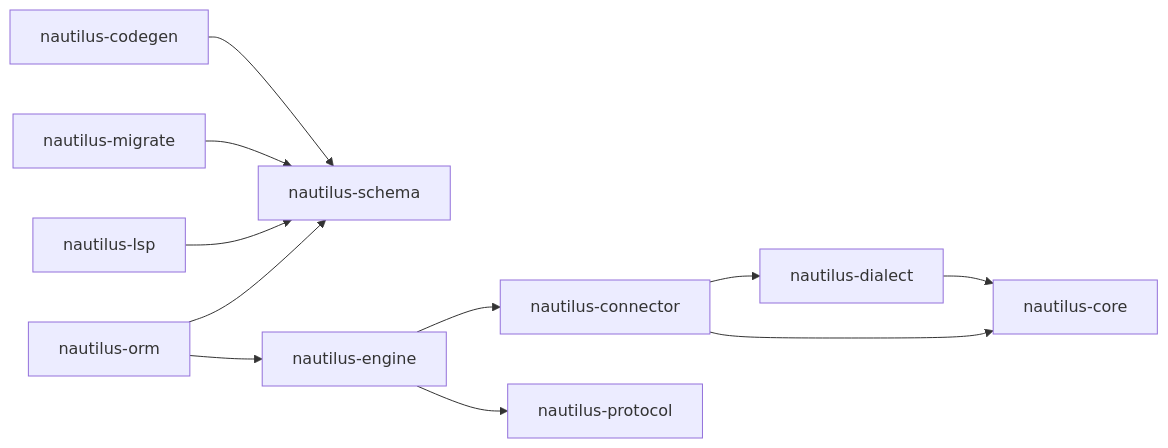
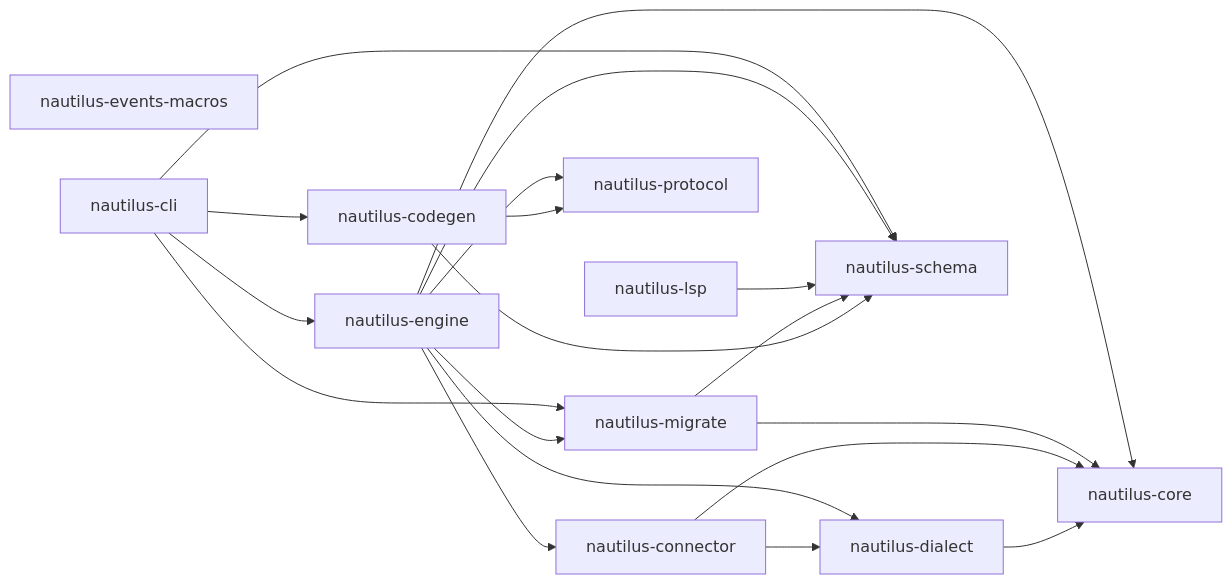
Before and after one commit to nautilus-env/nautilus: the diagram in README.md, drawn with Mermaid. The commit also changed other lines of this file and 26 other files, not shown here.

````diff
--- a/README.md
+++ b/README.md
@@ -37,26 +43,36 @@
 ```mermaid
 graph LR
   core[nautilus-core]
   dialect[nautilus-dialect]
   connector[nautilus-connector]
   schema[nautilus-schema]
   codegen[nautilus-codegen]
+  events[nautilus-events-macros]
   migrate[nautilus-migrate]
   lsp[nautilus-lsp]
   protocol[nautilus-protocol]
   engine[nautilus-engine]
-  cli[nautilus-orm]
+  cli[nautilus-cli]
 
   dialect --> core
   connector --> dialect
   connector --> core
 
   codegen --> schema
+  codegen --> protocol
   migrate --> schema
+  migrate --> core
   lsp --> schema
-  cli --> schema
 
   engine --> connector
   engine --> protocol
+  engine --> core
+  engine --> dialect
+  engine --> migrate
+  engine --> schema
+
+  cli --> schema
+  cli --> codegen
+  cli --> migrate
   cli --> engine
 ```
````
